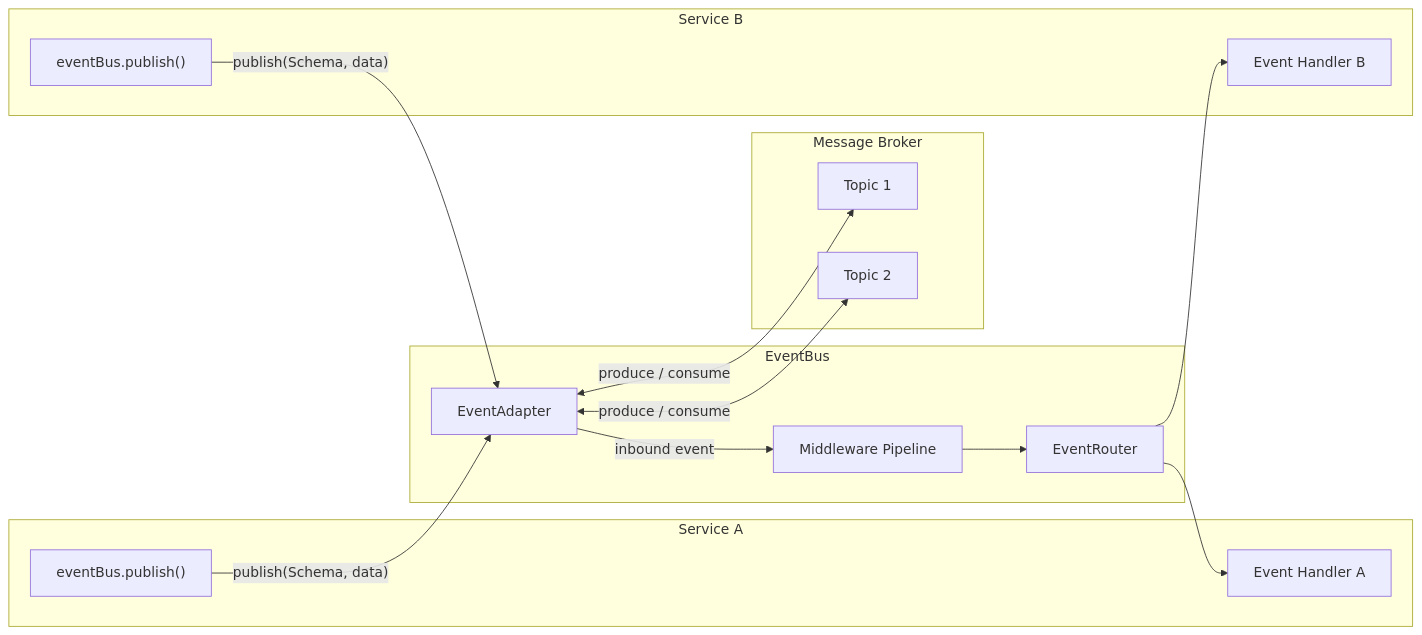
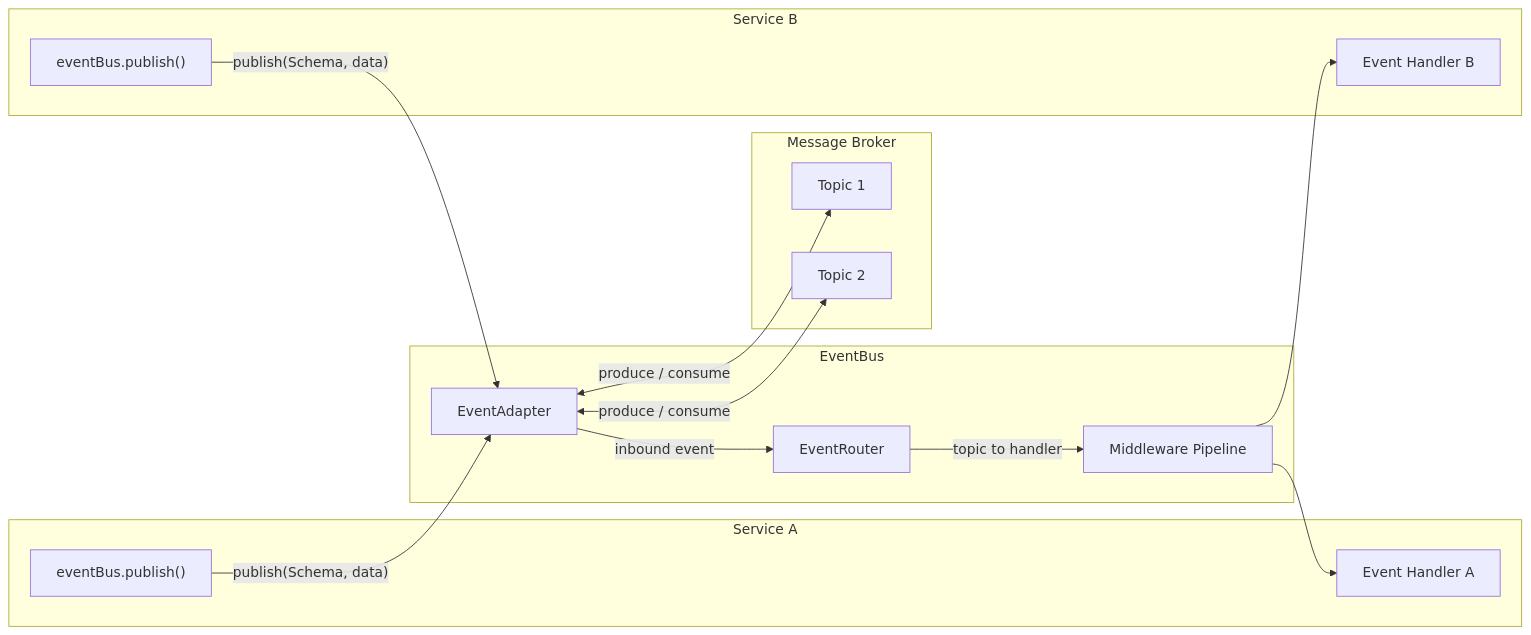
The diagram in en/guide/events.md (Connectum-Framework/docs), drawn with Mermaid before and after one commit. The commit also changed 3 other files, not shown here.

````diff
--- a/en/guide/events.md
+++ b/en/guide/events.md
@@ -14,34 +14,34 @@
 ```mermaid
 graph LR
     subgraph Service A
         HA["Event Handler A"]
         PA["eventBus.publish()"]
     end
 
     subgraph EventBus
+        AD["EventAdapter"]
         R["EventRouter"]
         MW["Middleware Pipeline"]
-        AD["EventAdapter"]
     end
 
     subgraph Broker["Message Broker"]
         T1["Topic 1"]
         T2["Topic 2"]
     end
 
     subgraph Service B
         HB["Event Handler B"]
         PB["eventBus.publish()"]
     end
 
     PA -->|"publish(Schema, data)"| AD
     PB -->|"publish(Schema, data)"| AD
 
     AD <-->|"produce / consume"| T1
     AD <-->|"produce / consume"| T2
 
-    AD -->|"inbound event"| MW
-    MW --> R
-    R --> HA
-    R --> HB
+    AD -->|"inbound event"| R
+    R -->|"topic to handler"| MW
+    MW --> HA
+    MW --> HB
 ```
````
